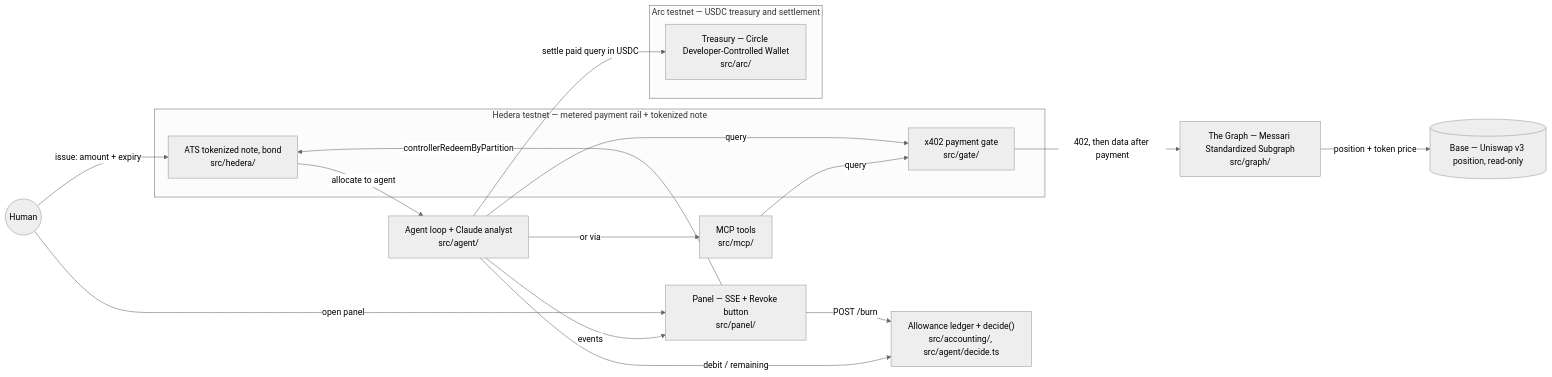
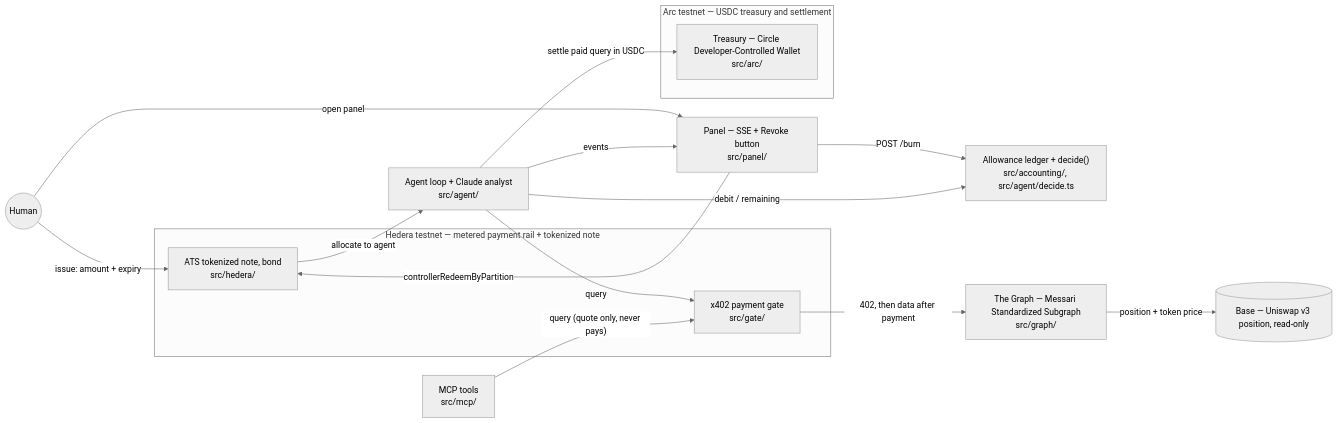
Before and after one commit to martaGonz/allowance: the diagram in README.md, drawn with Mermaid (neutral theme). The commit also changed other lines of this file and 3 other files, not shown here.

````diff
--- a/README.md
+++ b/README.md
@@ -13,33 +13,32 @@
 ```mermaid
 flowchart LR
     Human(("Human"))
     Panel["Panel — SSE + Revoke button<br/>src/panel/"]
     Ledger["Allowance ledger + decide()<br/>src/accounting/, src/agent/decide.ts"]
     AgentLoop["Agent loop + Claude analyst<br/>src/agent/"]
     MCP["MCP tools<br/>src/mcp/"]
     GraphSub["The Graph — Messari Standardized Subgraph<br/>src/graph/"]
     Base[("Base — Uniswap v3 position, read-only")]
 
     subgraph HederaTestnet ["Hedera testnet — metered payment rail + tokenized note"]
         Gate["x402 payment gate<br/>src/gate/"]
         ATS["ATS tokenized note, bond<br/>src/hedera/"]
     end
 
     subgraph ArcTestnet ["Arc testnet — USDC treasury and settlement"]
         Treasury["Treasury — Circle Developer-Controlled Wallet<br/>src/arc/"]
     end
 
     Human -->|"issue: amount + expiry"| ATS
     ATS -->|"allocate to agent"| AgentLoop
     Human -->|"open panel"| Panel
     Panel -->|"POST /burn"| Ledger
     Panel -->|"controllerRedeemByPartition"| ATS
     AgentLoop -->|"debit / remaining"| Ledger
     AgentLoop -->|"query"| Gate
-    AgentLoop -->|"or via"| MCP
-    MCP -->|"query"| Gate
+    MCP -->|"query (quote only, never pays)"| Gate
     Gate -->|"402, then data after payment"| GraphSub
     GraphSub -->|"position + token price"| Base
     AgentLoop -->|"settle paid query in USDC"| Treasury
     AgentLoop -->|"events"| Panel
 ```
````
